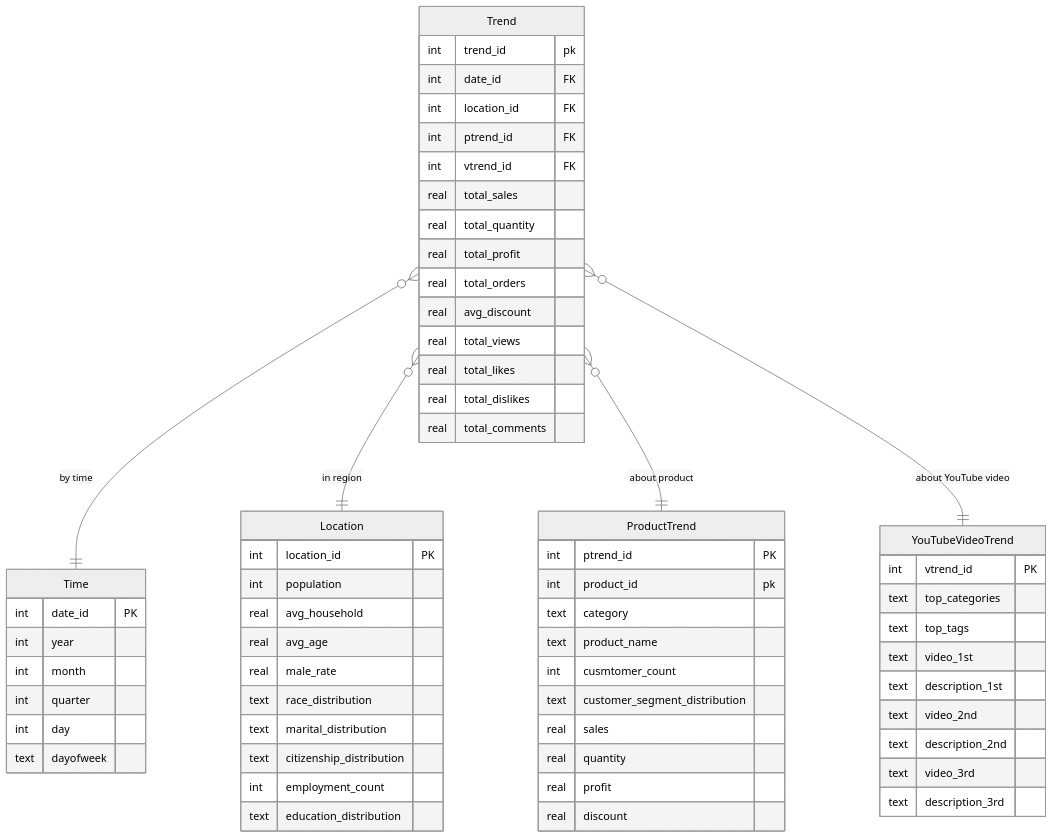
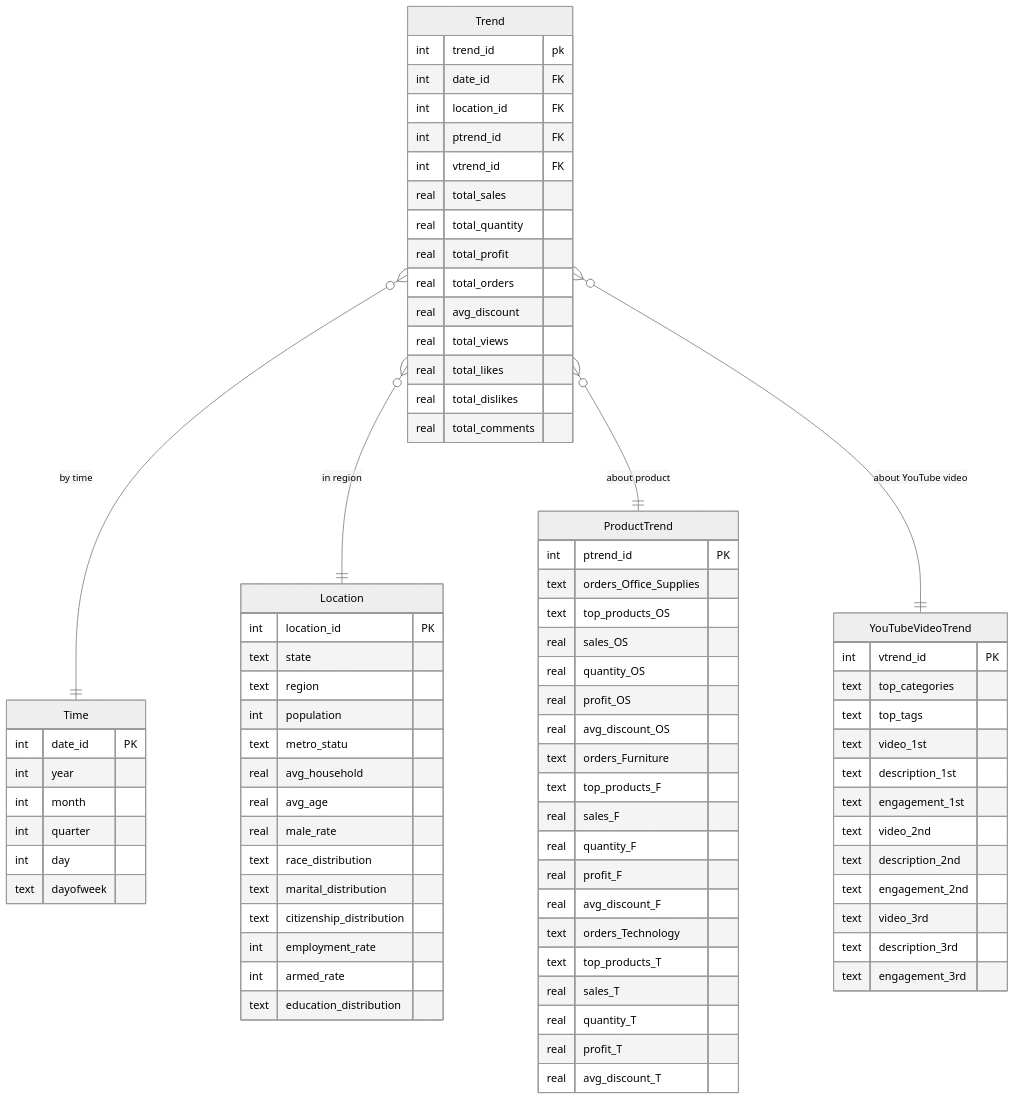
One commit to gxcuimax/BUSINFO702-2025Q3-Project-group-1 changed the diagram in ERD/trend.mmd. Above: the diagram before and after it, drawn with Mermaid (neutral theme). The commit also changed other lines of this file and 1 other file, not shown here.

```diff
--- a/ERD/trend.mmd
+++ b/ERD/trend.mmd
@@ -1,70 +1,86 @@
 erDiagram
     Trend {
         int trend_id pk
         int date_id FK
         int location_id FK
         int ptrend_id FK
         int vtrend_id FK
         real total_sales
         real total_quantity
         real total_profit
         real total_orders
         real avg_discount
         real total_views
         real total_likes
         real total_dislikes
         real total_comments
     }
 
     Time {
         int date_id PK
         int year
         int month
         int quarter
         int day
         text dayofweek
     }
 
     Location {
         int location_id PK
+        text state
+        text region
         int population
+        text metro_statu
         real avg_household
         real avg_age
         real male_rate
         text race_distribution
         text marital_distribution
         text citizenship_distribution
-        int employment_count
+        int employment_rate
+        int armed_rate
         text education_distribution
     }
 
     ProductTrend {
         int ptrend_id PK
-        int product_id pk
-        text category
-        text product_name
-        int cusmtomer_count
-        text customer_segment_distribution
-        real sales
-        real quantity
-        real profit 
-        real discount
+        text orders_Office_Supplies
+        text top_products_OS
+        real sales_OS
+        real quantity_OS
+        real profit_OS
+        real avg_discount_OS
+        text orders_Furniture
+        text top_products_F
+        real sales_F
+        real quantity_F
+        real profit_F
+        real avg_discount_F
+        text orders_Technology
+        text top_products_T
+        real sales_T
+        real quantity_T
+        real profit_T
+        real avg_discount_T
     }
 
     YouTubeVideoTrend {
         int vtrend_id PK
         text top_categories
         text top_tags
         text video_1st
         text description_1st
+        text engagement_1st
         text video_2nd
         text description_2nd
+        text engagement_2nd
         text video_3rd
         text description_3rd
+        text engagement_3rd
     }
 
 
     Trend }o--|| Time : "by time"
     Trend }o--|| Location : "in region"
     Trend }o--|| ProductTrend : "about product"
     Trend }o--|| YouTubeVideoTrend : "about YouTube video"
```
